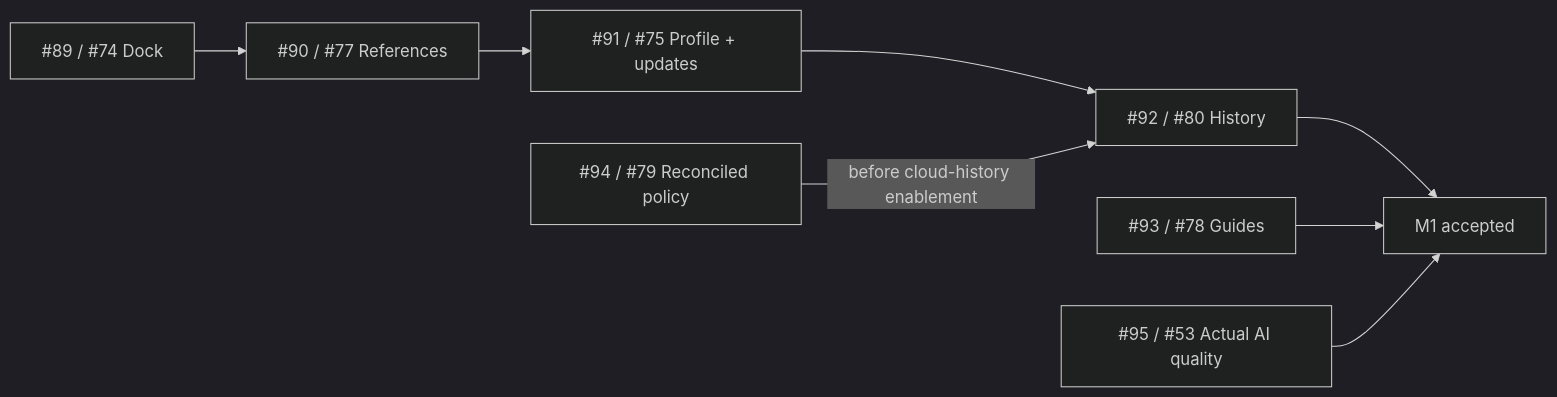
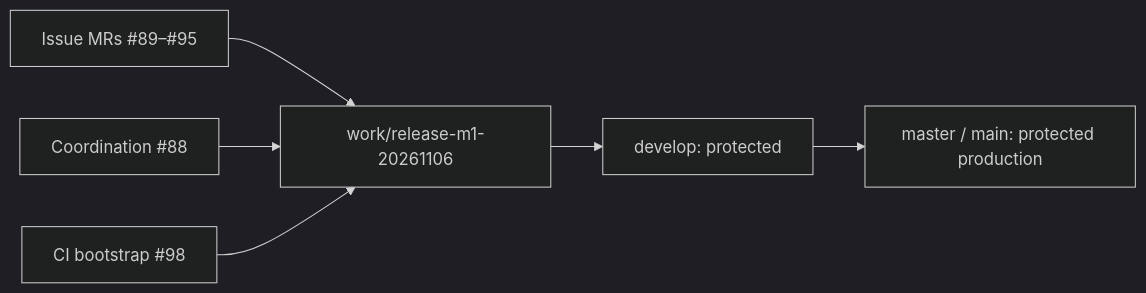
The diagram in docs/milestone-1-implementation.md (tuanvipandpro/quiz-app), drawn with Mermaid (dark theme) before and after one commit. The commit also changed other lines of this file, not shown here.

Commit message:
Align M1 coordination with protected milestone flow (Refs #87; Refs #97)

````diff
--- a/docs/milestone-1-implementation.md
+++ b/docs/milestone-1-implementation.md
@@ -30,10 +16,8 @@
 ```mermaid
 flowchart LR
-  A["#89 / #74 Dock"] --> B["#90 / #77 References"]
-  B --> C["#91 / #75 Profile + updates"]
-  C --> D["#92 / #80 History"]
-  R["#94 / #79 Reconciled policy"] -->|before cloud-history enablement| D
-  D --> M["M1 accepted"]
-  G["#93 / #78 Guides"] --> M
-  Q["#95 / #53 Actual AI quality"] --> M
+  I["Issue MRs #89–#95"] --> R["work/release-m1-20261106"]
+  C["Coordination #88"] --> R
+  B["CI bootstrap #98"] --> R
+  R --> D["develop: protected"]
+  D --> P["master / main: protected production"]
 ```
````
